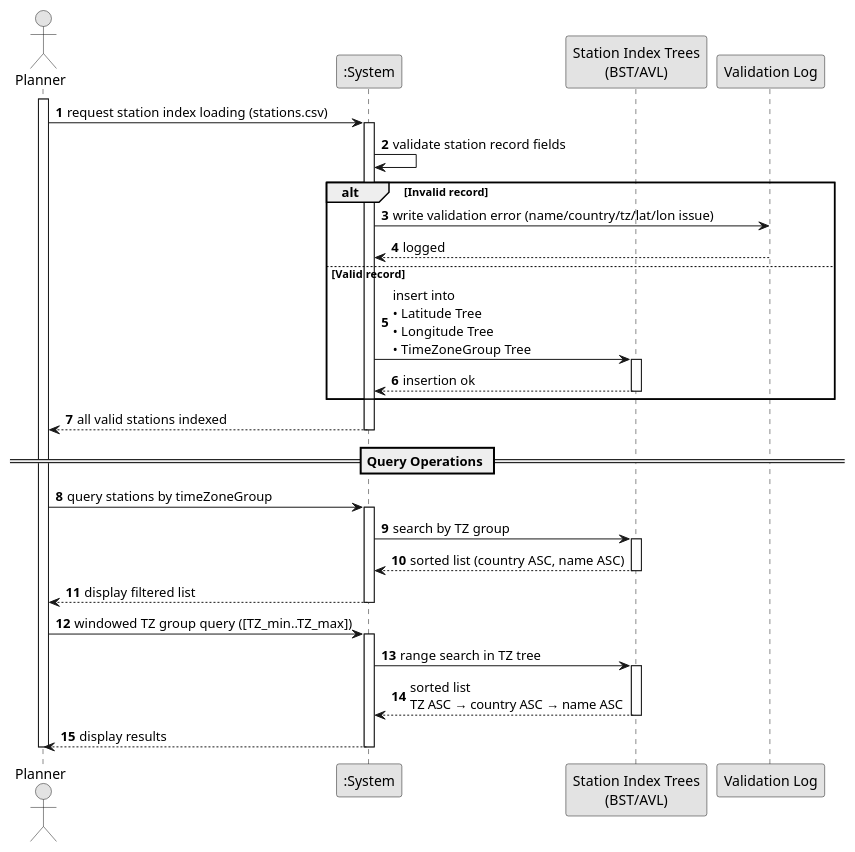
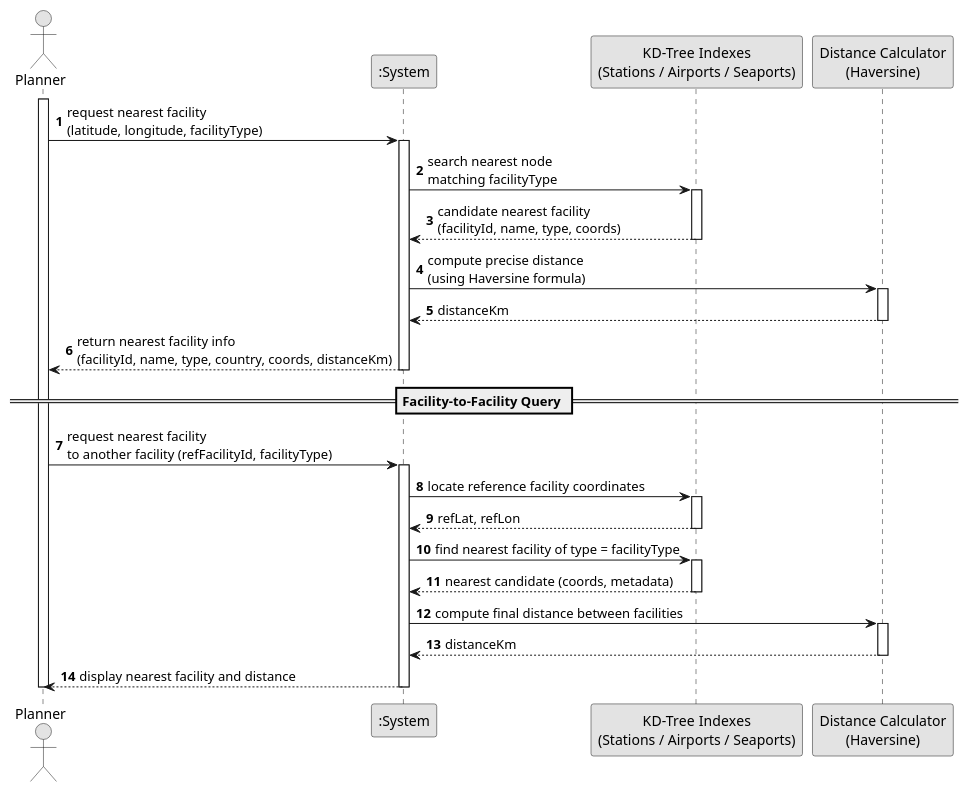
One commit to DuartePinto1240/sem3-pi-25-26-g013-repo_final changed the diagram in doc/Sprint2/USEI/USEI10/requirements/puml/SSD.puml. Above: the diagram before and after it, drawn with PlantUML. The commit also changed 21 other files, not shown here.

```diff
--- a/doc/Sprint2/USEI/USEI10/requirements/puml/SSD.puml
+++ b/doc/Sprint2/USEI/USEI10/requirements/puml/SSD.puml
@@ -1,52 +1,54 @@
 @startuml
 skinparam monochrome true
 skinparam packageStyle rectangle
 skinparam shadowing false
 autonumber
 
 actor "Planner" as Planner
 participant ":System" as System
-participant "Station Index Trees\n(BST/AVL)" as Indexes
-participant "Validation Log" as Log
+participant "KD-Tree Indexes\n(Stations / Airports / Seaports)" as KDTree
+participant "Distance Calculator\n(Haversine)" as Distance
 
 activate Planner
-Planner -> System : request station index loading (stations.csv)
+
+Planner -> System : request nearest facility\n(latitude, longitude, facilityType)
 activate System
 
-System -> System : validate station record fields
-alt Invalid record
-    System -> Log : write validation error (name/country/tz/lat/lon issue)
-    Log --> System : logged
+System -> KDTree : search nearest node\nmatching facilityType
+activate KDTree
+KDTree --> System : candidate nearest facility\n(facilityId, name, type, coords)
+deactivate KDTree
 
-else Valid record
-    System -> Indexes : insert into\n• Latitude Tree\n• Longitude Tree\n• TimeZoneGroup Tree
-    activate Indexes
-    Indexes --> System : insertion ok
-    deactivate Indexes
-end
+System -> Distance : compute precise distance\n(using Haversine formula)
+activate Distance
+Distance --> System : distanceKm
+deactivate Distance
 
-System --> Planner : all valid stations indexed
+System --> Planner : return nearest facility info\n(facilityId, name, type, country, coords, distanceKm)
 deactivate System
 
-== Query Operations ==
+== Facility-to-Facility Query ==
 
-Planner -> System : query stations by timeZoneGroup
+Planner -> System : request nearest facility\nto another facility (refFacilityId, facilityType)
 activate System
-System -> Indexes : search by TZ group
-activate Indexes
-Indexes --> System : sorted list (country ASC, name ASC)
-deactivate Indexes
-System --> Planner : display filtered list
-deactivate System
 
-Planner -> System : windowed TZ group query ([TZ_min..TZ_max])
-activate System
-System -> Indexes : range search in TZ tree
-activate Indexes
-Indexes --> System : sorted list\nTZ ASC → country ASC → name ASC
-deactivate Indexes
-System --> Planner : display results
+System -> KDTree : locate reference facility coordinates
+activate KDTree
+KDTree --> System : refLat, refLon
+deactivate KDTree
+
+System -> KDTree : find nearest facility of type = facilityType
+activate KDTree
+KDTree --> System : nearest candidate (coords, metadata)
+deactivate KDTree
+
+System -> Distance : compute final distance between facilities
+activate Distance
+Distance --> System : distanceKm
+deactivate Distance
+
+System --> Planner : display nearest facility and distance
 deactivate System
 deactivate Planner
 
 @enduml
```
